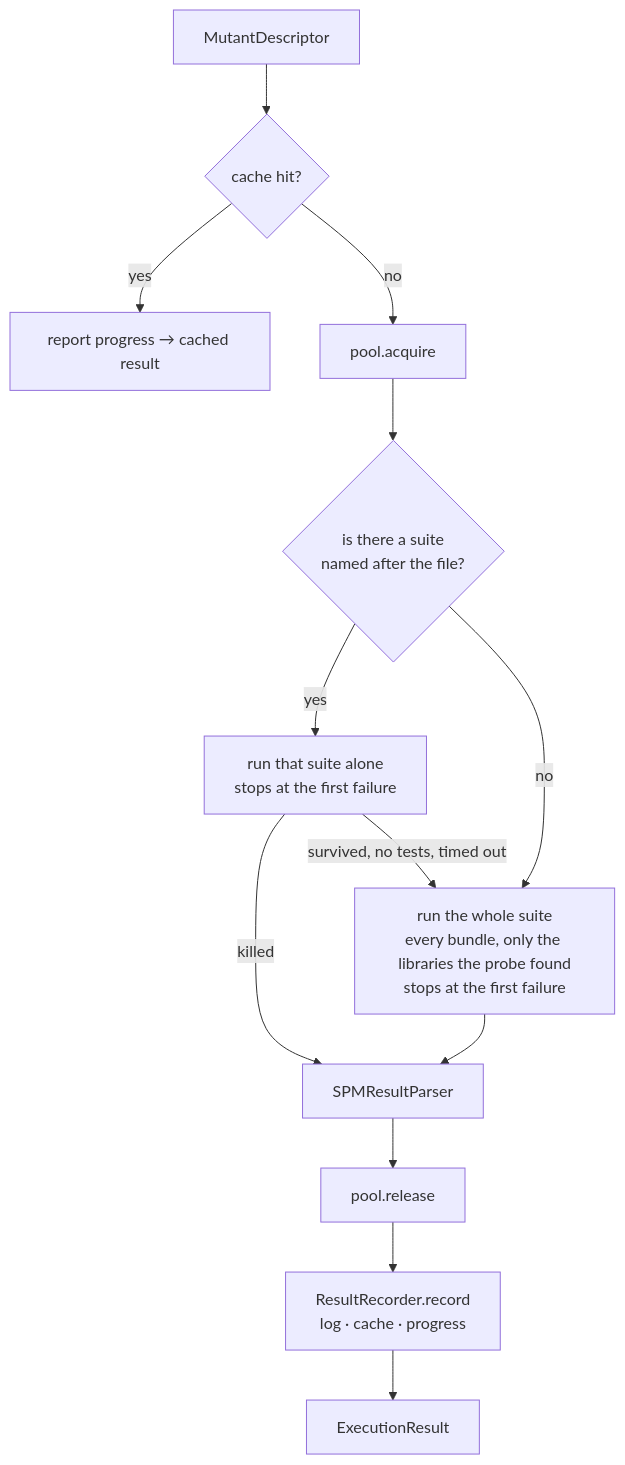
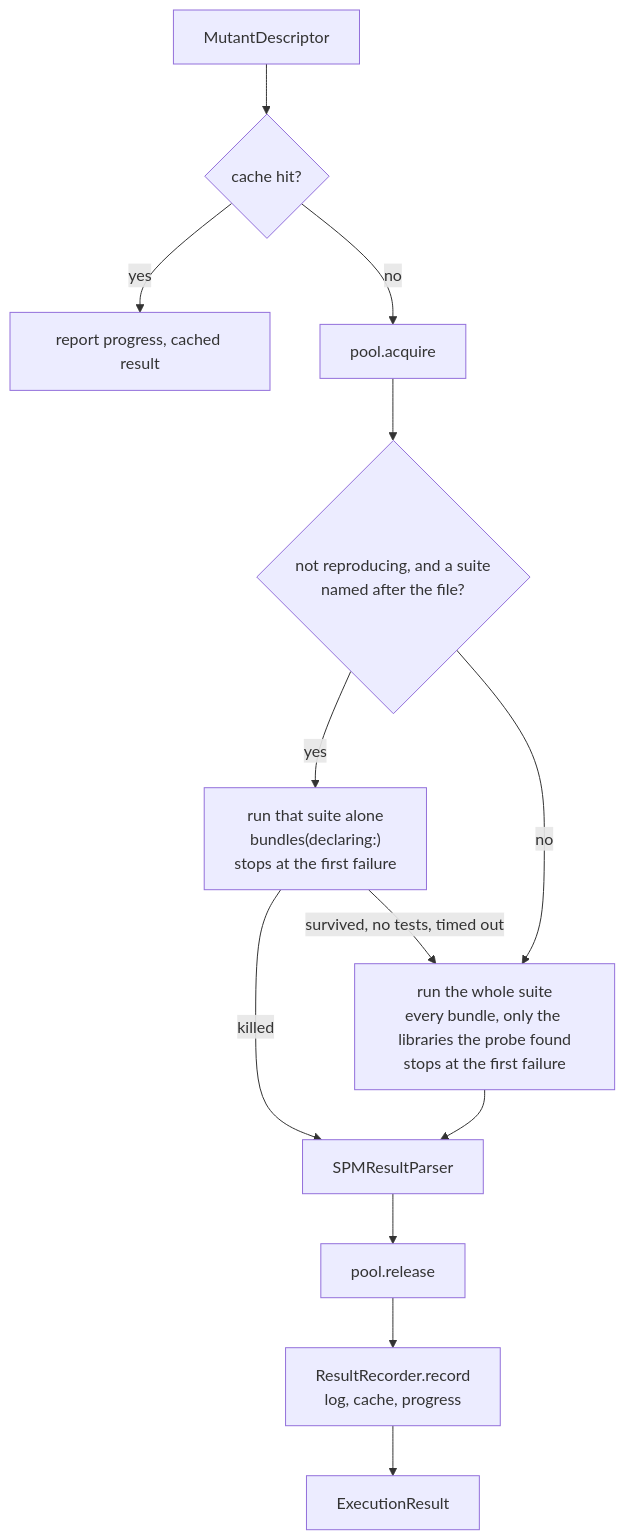
One commit to ericodx/swift-mutation-testing changed the fourth of 6 diagrams in Docs/CodeBase/07-execution.md. Above: the diagram before and after it, drawn with Mermaid. The commit also changed other lines of this file and 2 other files, not shown here.

Commit message:
docs: bring the CodeBase pages for schematization, sandbox build and execution in line with the sources and fix their diagrams

````diff
--- a/Docs/CodeBase/07-execution.md
+++ b/Docs/CodeBase/07-execution.md
@@ -314,15 +331,15 @@
 ```mermaid
 flowchart TD
-    M[MutantDescriptor] --> CACHED{cache hit?}
-    CACHED -- yes --> REPORT[report progress → cached result]
-    CACHED -- no --> SLOT[pool.acquire]
-    SLOT --> SUITE{is there a suite\nnamed after the file?}
-    SUITE -- yes --> TARGETED[run that suite alone\nstops at the first failure]
-    TARGETED -- killed --> PARSE[SPMResultParser]
-    TARGETED -- survived, no tests, timed out --> FULL[run the whole suite\nevery bundle, only the libraries the probe found\nstops at the first failure]
+    M["MutantDescriptor"] --> CACHED{"cache hit?"}
+    CACHED -- yes --> REPORT["report progress, cached result"]
+    CACHED -- no --> SLOT["pool.acquire"]
+    SLOT --> SUITE{"not reproducing, and a suite<br>named after the file?"}
+    SUITE -- yes --> TARGETED["run that suite alone<br>bundles(declaring:)<br>stops at the first failure"]
+    TARGETED -- killed --> PARSE["SPMResultParser"]
+    TARGETED -- "survived, no tests, timed out" --> FULL["run the whole suite<br>every bundle, only the libraries the probe found<br>stops at the first failure"]
     SUITE -- no --> FULL
     FULL --> PARSE
-    PARSE --> RELEASE[pool.release]
-    RELEASE --> STORE[ResultRecorder.record\nlog · cache · progress]
-    STORE --> REPORT2[ExecutionResult]
+    PARSE --> RELEASE["pool.release"]
+    RELEASE --> STORE["ResultRecorder.record<br>log, cache, progress"]
+    STORE --> REPORT2["ExecutionResult"]
 ```
````
